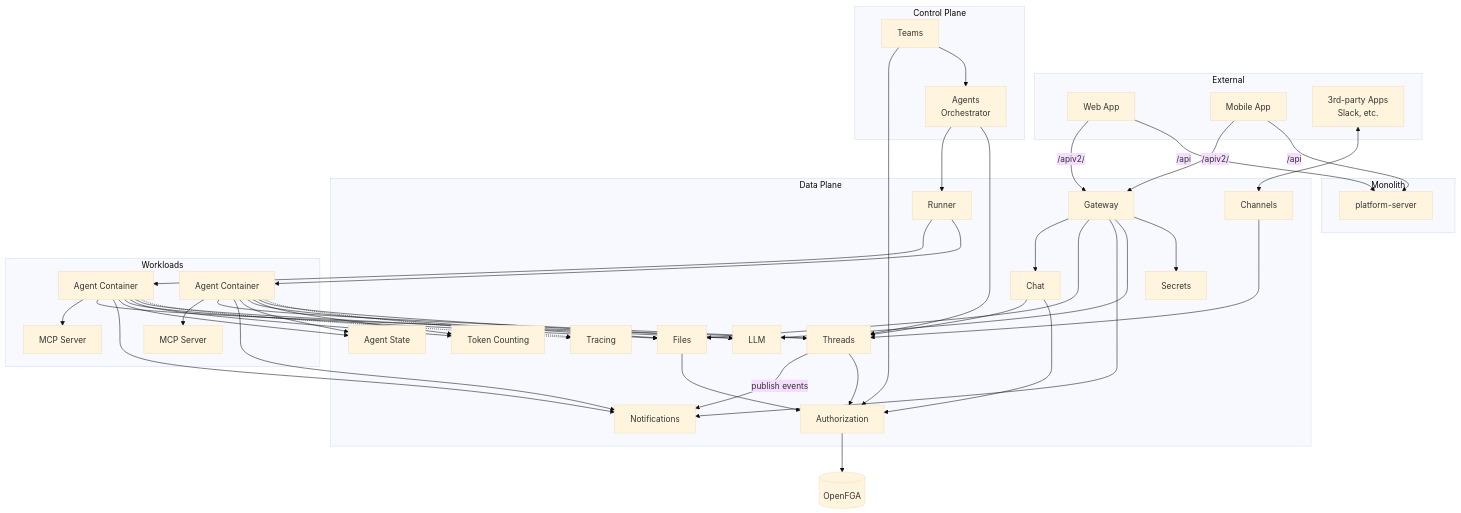
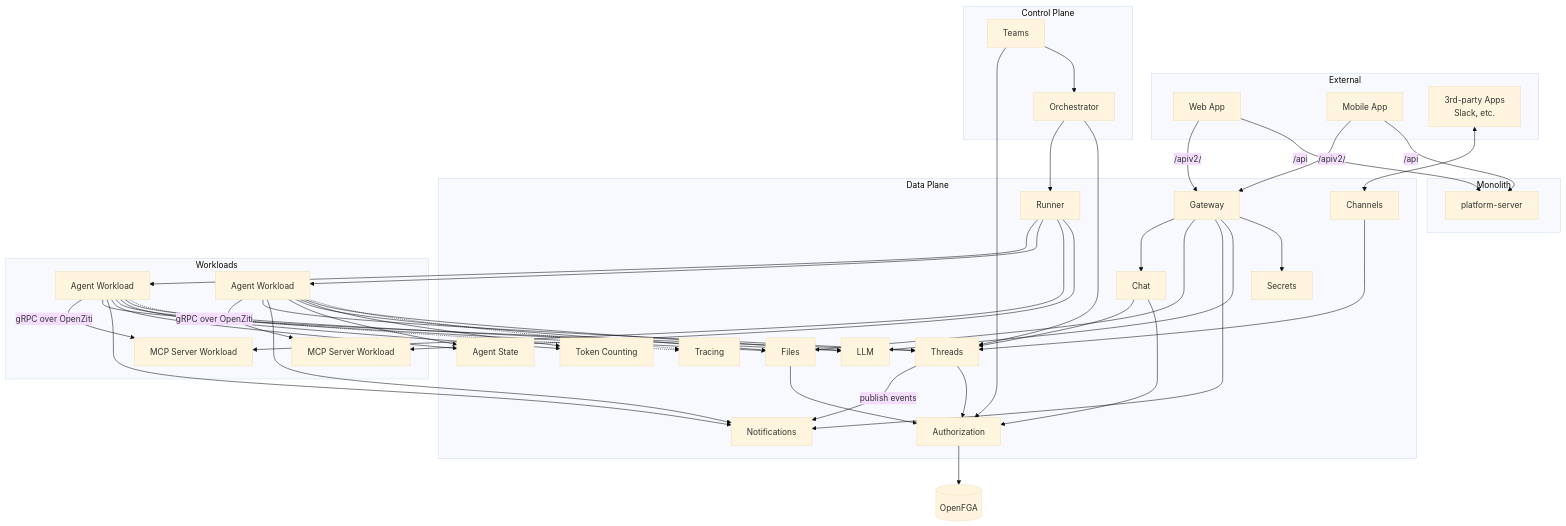
One commit to agynio/architecture changed the diagram in architecture/system-overview.md. Above: the diagram before and after it, drawn with Mermaid (base theme). The commit also changed other lines of this file and 12 other files, not shown here.

````diff
--- a/architecture/system-overview.md
+++ b/architecture/system-overview.md
@@ -7,75 +7,76 @@
 ```mermaid
 graph TB
     subgraph External
         WebApp[Web App]
         MobileApp[Mobile App]
         ThirdParty[3rd-party Apps<br/>Slack, etc.]
     end
 
     subgraph Control Plane
         Teams[Teams]
-        AgentsOrch[Agents<br/>Orchestrator]
+        Orch[Orchestrator]
     end
 
     subgraph Data Plane
         Gateway[Gateway]
         Chat[Chat]
         Channels[Channels]
         Threads[Threads]
         Files[Files]
         TokenCounting[Token Counting]
         LLM[LLM]
         Secrets[Secrets]
         Notifications[Notifications]
         Runner[Runner]
         AgentState[Agent State]
         Tracing[Tracing]
         Authorization[Authorization]
     end
 
     subgraph Workloads
-        Agent1[Agent Container]
-        Agent2[Agent Container]
-        MCP1[MCP Server]
-        MCP2[MCP Server]
+        Agent1[Agent Workload]
+        Agent2[Agent Workload]
+        MCP1[MCP Server Workload]
+        MCP2[MCP Server Workload]
     end
 
     subgraph Monolith
         PS[platform-server]
     end
 
     WebApp & MobileApp -- "/apiv2/" --> Gateway
     WebApp & MobileApp -- "/api" --> PS
     ThirdParty <--> Channels
 
     Gateway --> Chat
     Gateway --> Files
     Gateway --> Notifications
     Gateway --> LLM
     Gateway --> Secrets
     Chat --> Threads
     Channels --> Threads
 
     Threads -->|publish events| Notifications
-    AgentsOrch --> Runner
-    AgentsOrch --> Threads
+    Orch --> Runner
+    Orch --> Threads
 
     Runner --> Agent1 & Agent2
-    Agent1 --> MCP1
-    Agent2 --> MCP2
+    Runner --> MCP1 & MCP2
+    Agent1 -->|gRPC over OpenZiti| MCP1
+    Agent2 -->|gRPC over OpenZiti| MCP2
     Agent1 & Agent2 --> Threads
     Agent1 & Agent2 --> Notifications
     Agent1 & Agent2 --> AgentState
     Agent1 & Agent2 --> Files
     Agent1 & Agent2 --> TokenCounting
     Agent1 & Agent2 --> LLM
     Agent1 & Agent2 -.-> Tracing
 
     Chat --> Authorization
     Files --> Authorization
     Threads --> Authorization
     Teams --> Authorization
     Authorization --> OpenFGA[(OpenFGA)]
 
-    Teams --> AgentsOrch
+    Teams --> Orch
 ```
````
